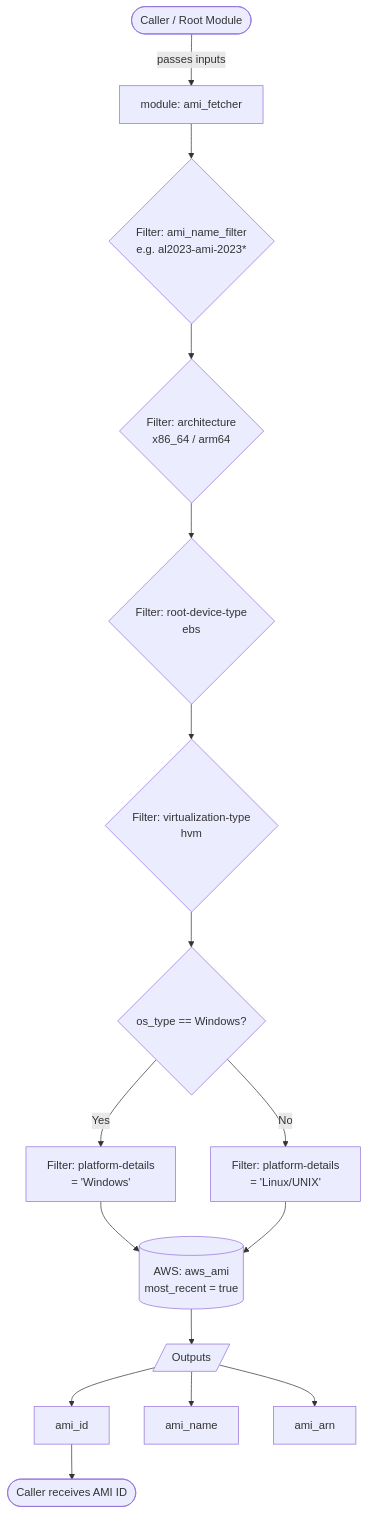
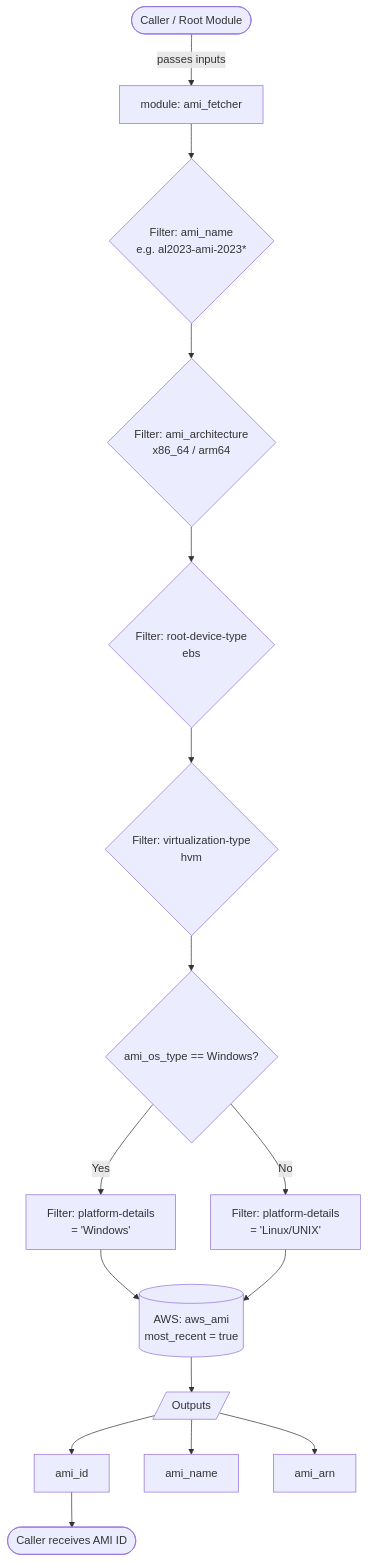
The diagram in README.md (BakeFoundry/bk-bake-ami-module), drawn with Mermaid before and after one commit. The commit also changed other lines of this file, not shown here.

````diff
--- a/README.md
+++ b/README.md
@@ -24,23 +24,23 @@
 ```mermaid
 flowchart TD
     A([Caller / Root Module]) -->|passes inputs| B[module: ami_fetcher]
 
-    B --> C{Filter: ami_name_filter\ne.g. al2023-ami-2023*}
-    C --> D{Filter: architecture\nx86_64 / arm64}
+    B --> C{Filter: ami_name\ne.g. al2023-ami-2023*}
+    C --> D{Filter: ami_architecture\nx86_64 / arm64}
     D --> E{Filter: root-device-type\nebs}
     E --> F{Filter: virtualization-type\nhvm}
-    F --> G{os_type == Windows?}
+    F --> G{ami_os_type == Windows?}
 
     G -->|Yes| H["Filter: platform-details\n= 'Windows'"]
     G -->|No| I["Filter: platform-details\n= 'Linux/UNIX'"]
 
     H --> J[(AWS: aws_ami\nmost_recent = true)]
     I --> J
 
     J --> K[/Outputs/]
     K --> L[ami_id]
     K --> M[ami_name]
     K --> N[ami_arn]
 
     L --> O([Caller receives AMI ID])
 ```
````
